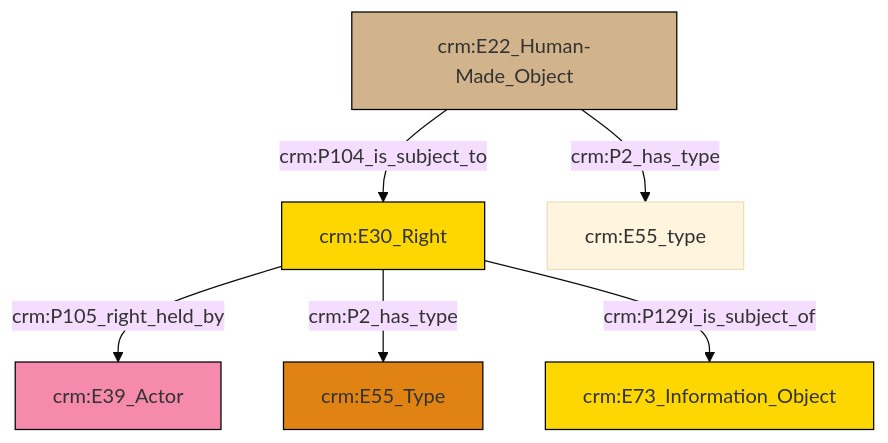
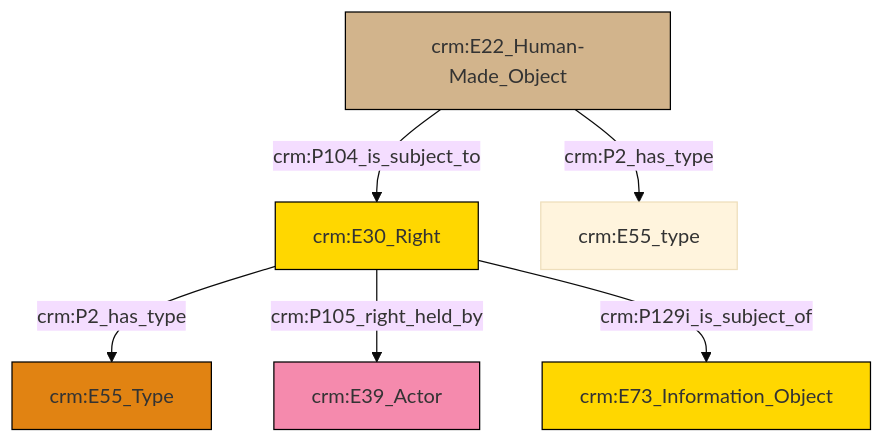
Before and after one commit to swiss-art-research-net/docs.swissartresearch: the diagram in et/builtWorkCSV/ttl/mmd/Built_Work_rights.ttl.mmd, drawn with Mermaid (base theme). The commit also changed 182 other files, not shown here.

```diff
--- a/et/builtWorkCSV/ttl/mmd/Built_Work_rights.ttl.mmd
+++ b/et/builtWorkCSV/ttl/mmd/Built_Work_rights.ttl.mmd
@@ -1,20 +1,20 @@
 graph TD
 classDef Literal fill:#f2f2f2,stroke:#000000;
 classDef CRM_Entity fill:#FFFFFF,stroke:#000000;
 classDef Temporal_Entity fill:#00C9E6, stroke:#000000;
 classDef Type fill:#E18312, stroke:#000000;
 classDef Time-Span fill:#2C9C91, stroke:#000000;
 classDef Appellation fill:#FFEB7F, stroke:#000000;
 classDef Place fill:#008836, stroke:#000000;
 classDef Persistent_Item fill:#B266B2, stroke:#000000;
 classDef Conceptual_Object fill:#FFD700, stroke:#000000;
 classDef Physical_Thing fill:#D2B48C, stroke:#000000;
 classDef Actor fill:#f58aad, stroke:#000000;
 classDef PC_Classes fill:#4ce600, stroke:#000000;
 classDef Multi fill:#cccccc,stroke:#000000;
 
-0["crm:E30_Right"]:::Conceptual_Object -->|crm:P105_right_held_by| 1["crm:E39_Actor"]:::Actor
-8["crm:E22_Human-Made_Object"]:::Physical_Thing -->|crm:P2_has_type| 5["crm:E55_type"]:::Default
-8["crm:E22_Human-Made_Object"]:::Physical_Thing -->|crm:P104_is_subject_to| 0["crm:E30_Right"]:::Conceptual_Object
-0["crm:E30_Right"]:::Conceptual_Object -->|crm:P2_has_type| 3["crm:E55_Type"]:::Type
-0["crm:E30_Right"]:::Conceptual_Object -->|crm:P129i_is_subject_of| 9["crm:E73_Information_Object"]:::Conceptual_Object
+6["crm:E22_Human-Made_Object"]:::Physical_Thing -->|crm:P104_is_subject_to| 2["crm:E30_Right"]:::Conceptual_Object
+2["crm:E30_Right"]:::Conceptual_Object -->|crm:P2_has_type| 0["crm:E55_Type"]:::Type
+6["crm:E22_Human-Made_Object"]:::Physical_Thing -->|crm:P2_has_type| 9["crm:E55_type"]:::Default
+2["crm:E30_Right"]:::Conceptual_Object -->|crm:P105_right_held_by| 7["crm:E39_Actor"]:::Actor
+2["crm:E30_Right"]:::Conceptual_Object -->|crm:P129i_is_subject_of| 4["crm:E73_Information_Object"]:::Conceptual_Object
```
